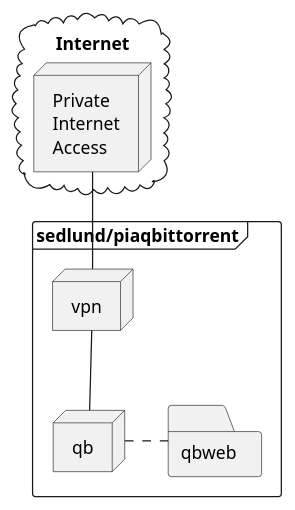
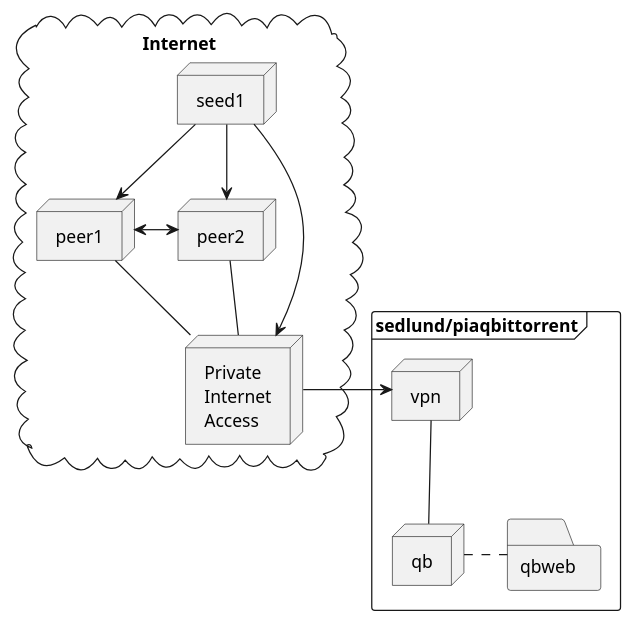
Before and after one commit to sedlund/piaqbittorrent: the diagram in assets/overview.puml, drawn with PlantUML.

Commit message:
add more detail

```diff
--- a/assets/overview.puml
+++ b/assets/overview.puml
@@ -1,14 +1,24 @@
 @startuml overview
 cloud Internet {
     node "Private\nInternet\nAccess" as pia
+    node seed1
+    node peer1
+    node peer1
+    node peer2
+    seed1 -> peer1
+    seed1 -down-> peer2
+    seed1 -left-> pia
+    peer1 <-> peer2
+    peer1 -- pia
+    peer2 -- pia
 }
 
 frame sedlund/piaqbittorrent {
     node vpn
     node qb
-    pia -- vpn
-    folder qbweb
+    pia -right-> vpn
+    folder qbweb {
     vpn -- qb
     qb .right. qbweb
 }
 @enduml
```
